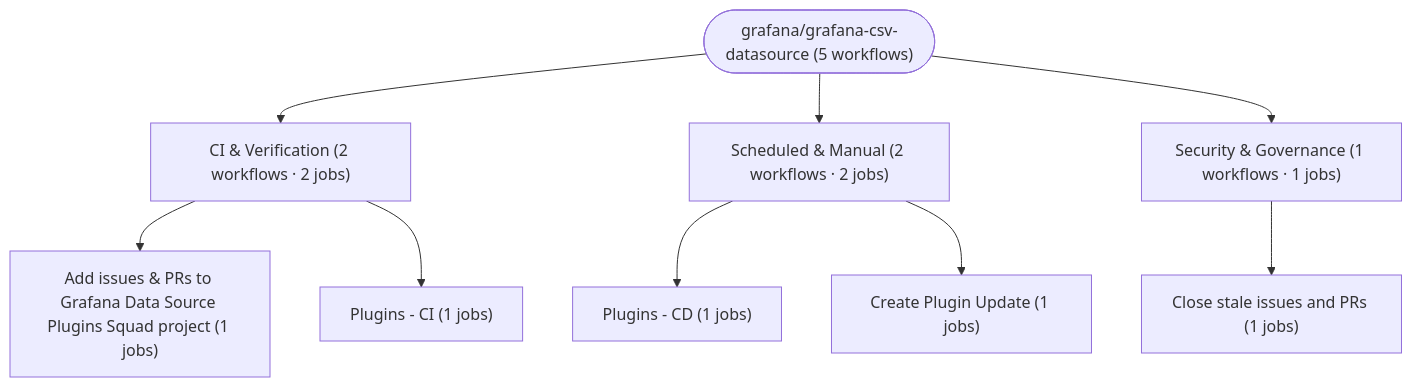
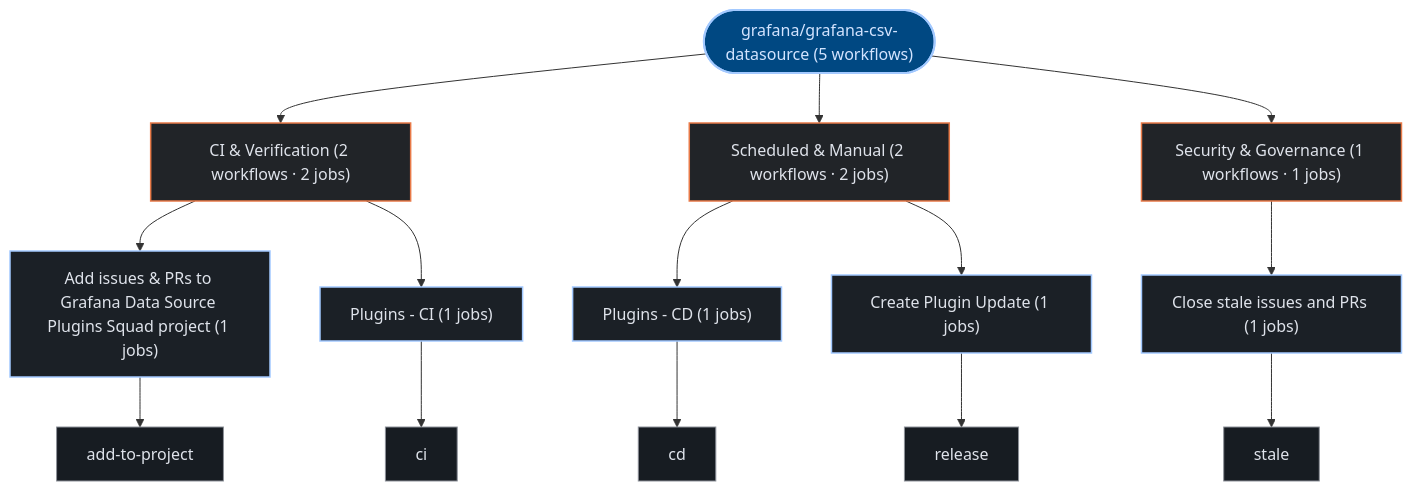
Before and after one commit to kumarshaz/atruss-code-atlas: the third of 3 diagrams in exports/latest/reports/grafana-grafana-csv-datasource-report.md, drawn with Mermaid. The commit also changed other lines of this file and 331 other files, not shown here.

Commit message:
docs,ui,fix: update SDLC docs, reorder CI/CD DAG first, stylize Mermaid, and fix Arc42 pipeline topology

````diff
--- a/exports/latest/reports/grafana-grafana-csv-datasource-report.md
+++ b/exports/latest/reports/grafana-grafana-csv-datasource-report.md
@@ -161,20 +172,37 @@
 ```mermaid
 graph TD;
-  pipeline_root(["grafana/grafana-csv-datasource (5 workflows)"])
-  grp_0_CI___Verification["CI & Verification (2 workflows · 2 jobs)"]
+  classDef atlasRoot fill:#004882,stroke:#a3c9ff,stroke-width:2px,color:#d3e4ff
+  classDef atlasCategory fill:#212428,stroke:#E87A48,stroke-width:1.5px,color:#dfe3eb
+  classDef atlasWorkflow fill:#1b2026,stroke:#a3c9ff,stroke-width:1.5px,color:#dfe3eb
+  classDef atlasJob fill:#171c22,stroke:#8d9199,stroke-width:1px,color:#dfe3eb
+  classDef atlasTarget fill:#005227,stroke:#8bd99b,stroke-width:1.5px,color:#a7f6b6
+  classDef atlasAlert fill:#93000a,stroke:#ffb4ab,stroke-width:1.5px,color:#ffdad6
+  classDef atlasMore fill:#252a31,stroke:#8d9199,stroke-dasharray:4 4,color:#c3c6cf
+  pipeline_root(["grafana/grafana-csv-datasource (5 workflows)"]):::atlasRoot
+  grp_0_CI___Verification["CI & Verification (2 workflows · 2 jobs)"]:::atlasCategory
   pipeline_root --> grp_0_CI___Verification
-  wf_0_Add_issues___PRs_to_Grafana_Data_Source_Plugins_Squad_project["Add issues & PRs to Grafana Data Source Plugins Squad project (1 jobs)"]
+  wf_0_Add_issues___PRs_to_Grafana_Data_Source_Plugins_Squad_project["Add issues & PRs to Grafana Data Source Plugins Squad project (1 jobs)"]:::atlasWorkflow
   grp_0_CI___Verification --> wf_0_Add_issues___PRs_to_Grafana_Data_Source_Plugins_Squad_project
-  wf_2_Plugins___CI["Plugins - CI (1 jobs)"]
+  job_0_add_to_project["add-to-project"]:::atlasJob
+  wf_0_Add_issues___PRs_to_Grafana_Data_Source_Plugins_Squad_project --> job_0_add_to_project
+  wf_2_Plugins___CI["Plugins - CI (1 jobs)"]:::atlasWorkflow
   grp_0_CI___Verification --> wf_2_Plugins___CI
-  grp_1_Scheduled___Manual["Scheduled & Manual (2 workflows · 2 jobs)"]
+  job_2_ci["ci"]:::atlasJob
+  wf_2_Plugins___CI --> job_2_ci
+  grp_1_Scheduled___Manual["Scheduled & Manual (2 workflows · 2 jobs)"]:::atlasCategory
   pipeline_root --> grp_1_Scheduled___Manual
-  wf_1_Plugins___CD["Plugins - CD (1 jobs)"]
+  wf_1_Plugins___CD["Plugins - CD (1 jobs)"]:::atlasWorkflow
   grp_1_Scheduled___Manual --> wf_1_Plugins___CD
-  wf_4_Create_Plugin_Update["Create Plugin Update (1 jobs)"]
+  job_1_cd["cd"]:::atlasJob
+  wf_1_Plugins___CD --> job_1_cd
+  wf_4_Create_Plugin_Update["Create Plugin Update (1 jobs)"]:::atlasWorkflow
   grp_1_Scheduled___Manual --> wf_4_Create_Plugin_Update
-  grp_2_Security___Governance["Security & Governance (1 workflows · 1 jobs)"]
+  job_4_release["release"]:::atlasJob
+  wf_4_Create_Plugin_Update --> job_4_release
+  grp_2_Security___Governance["Security & Governance (1 workflows · 1 jobs)"]:::atlasCategory
   pipeline_root --> grp_2_Security___Governance
-  wf_3_Close_stale_issues_and_PRs["Close stale issues and PRs (1 jobs)"]
+  wf_3_Close_stale_issues_and_PRs["Close stale issues and PRs (1 jobs)"]:::atlasWorkflow
   grp_2_Security___Governance --> wf_3_Close_stale_issues_and_PRs
+  job_3_stale["stale"]:::atlasJob
+  wf_3_Close_stale_issues_and_PRs --> job_3_stale
 ```
````
